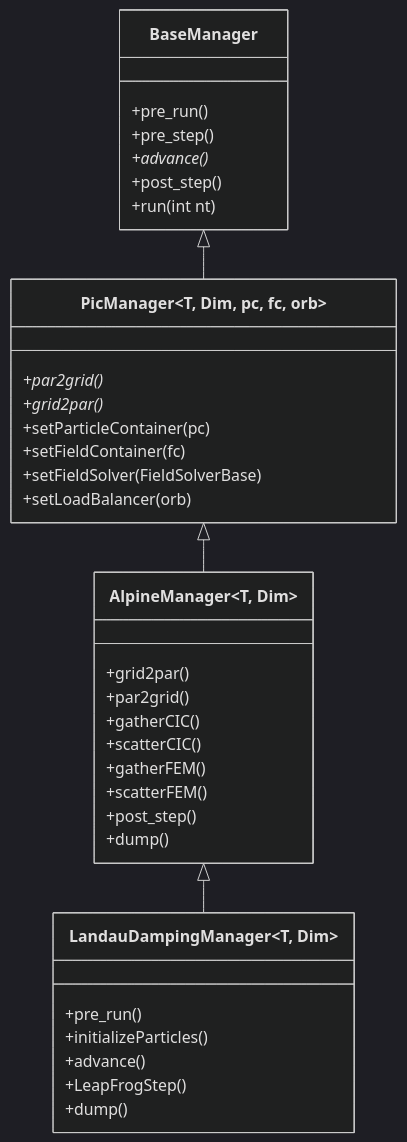
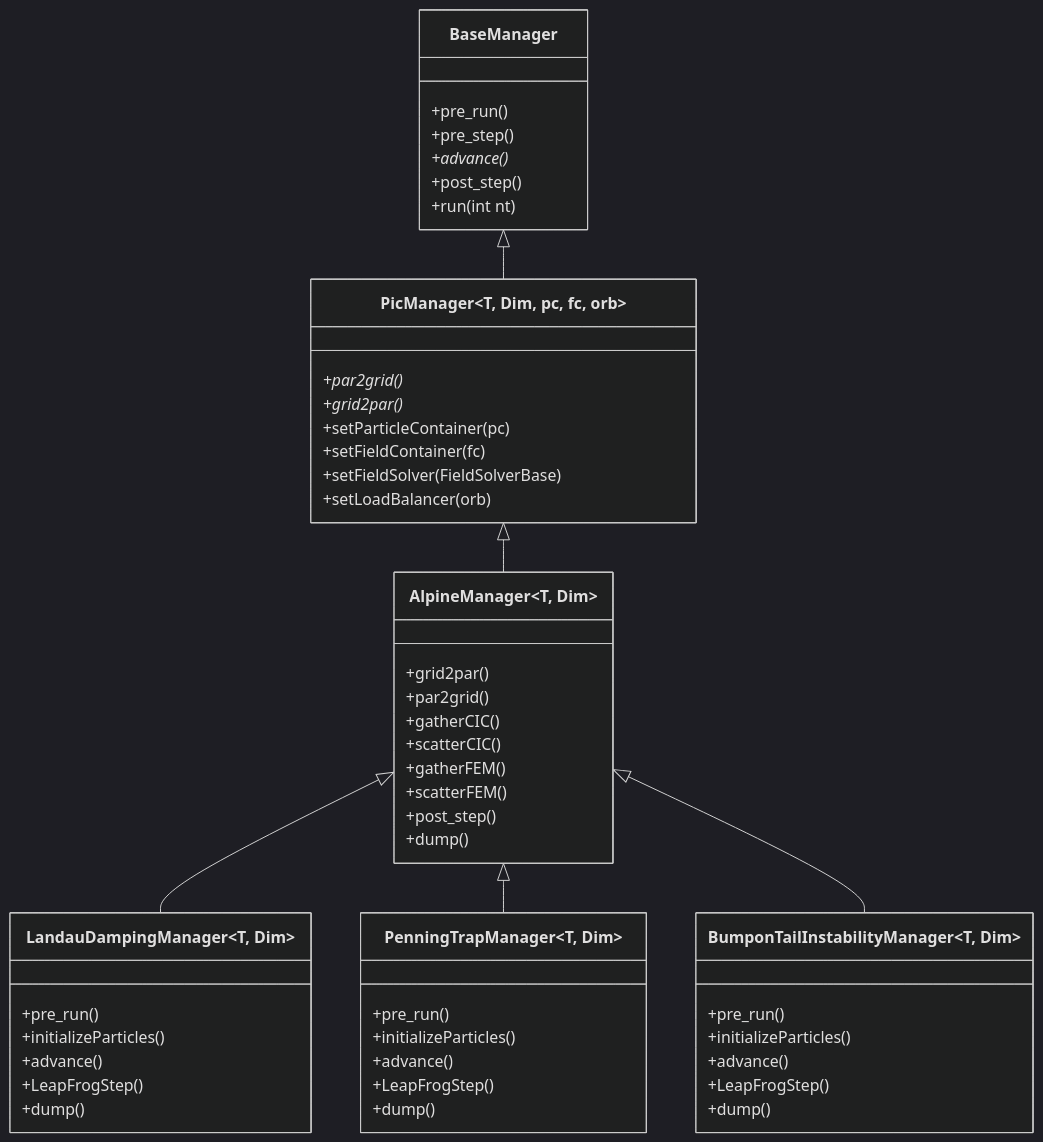
The second of 4 diagrams in sections/examples/alpine-manager-hierarchy.qmd (IPPL-framework/Manual), drawn with Mermaid (dark theme) before and after one commit. The commit also changed other lines of this file, not shown here.

Commit message:
change alpine

````diff
--- a/sections/examples/alpine-manager-hierarchy.qmd
+++ b/sections/examples/alpine-manager-hierarchy.qmd
@@ -19,44 +117,62 @@
 ```{mermaid}
 classDiagram
     direction TB
 
     class BaseManager {
       +pre_run()
       +pre_step()
       +advance()*
       +post_step()
       +run(int nt)
     }
 
     class PicManager~T, Dim, pc, fc, orb~ {
       +par2grid()*
       +grid2par()*
       +setParticleContainer(pc)
       +setFieldContainer(fc)
       +setFieldSolver(FieldSolverBase)
       +setLoadBalancer(orb)
     }
 
     class AlpineManager~T, Dim~ {
       +grid2par()
       +par2grid()
       +gatherCIC()
       +scatterCIC()
       +gatherFEM()
       +scatterFEM()
       +post_step()
       +dump()
     }
 
     class LandauDampingManager~T, Dim~ {
       +pre_run()
       +initializeParticles()
       +advance()
       +LeapFrogStep()
       +dump()
     }
 
+    class PenningTrapManager~T, Dim~ {
+      +pre_run()
+      +initializeParticles()
+      +advance()
+      +LeapFrogStep()
+      +dump()
+    }
+
+    class BumponTailInstabilityManager~T, Dim~ {
+      +pre_run()
+      +initializeParticles()
+      +advance()
+      +LeapFrogStep()
+      +dump()
+    }
+
     BaseManager <|-- PicManager
     PicManager <|-- AlpineManager
     AlpineManager <|-- LandauDampingManager
+    AlpineManager <|-- PenningTrapManager
+    AlpineManager <|-- BumponTailInstabilityManager
 ```
````
